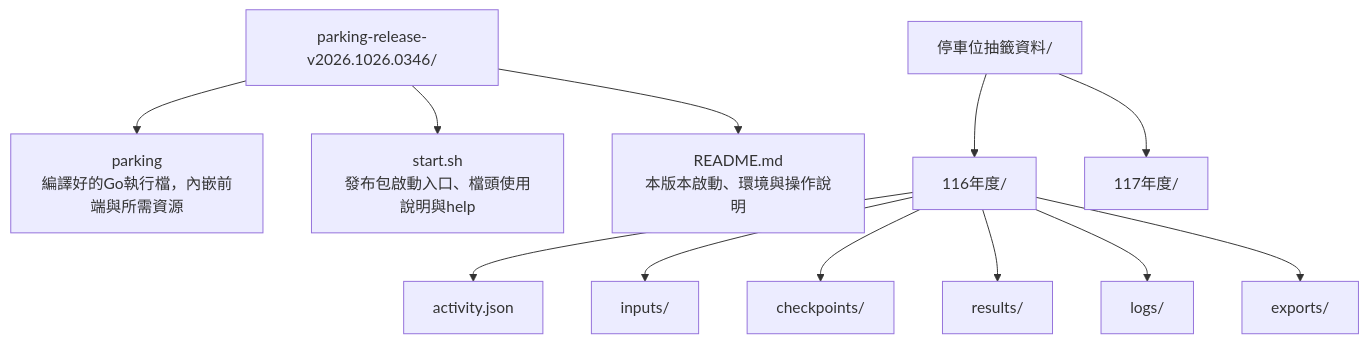
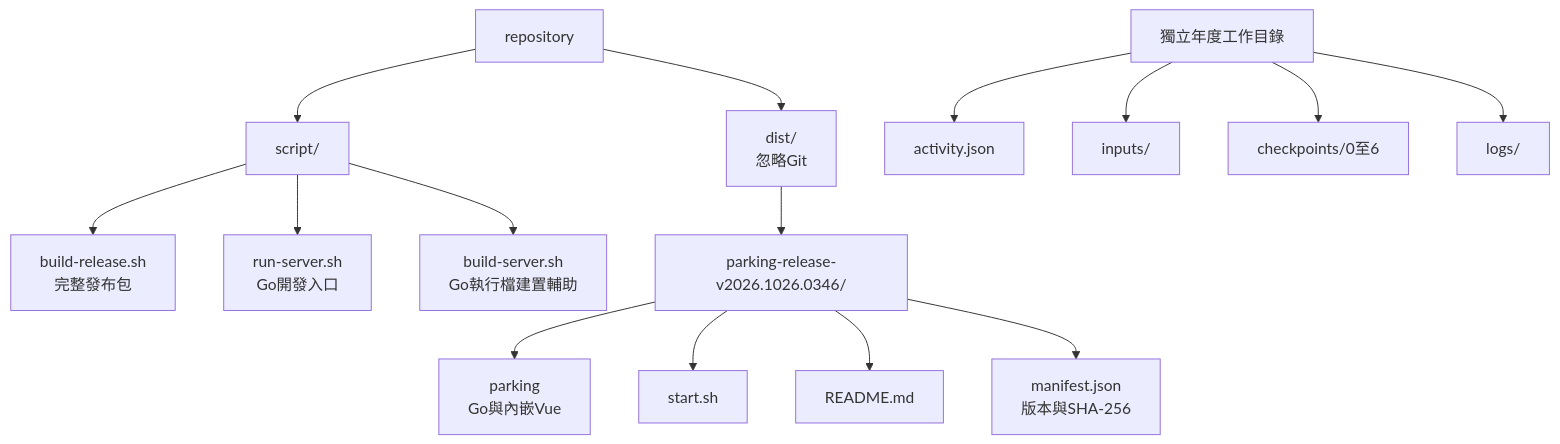
One commit to Minazuki/parking changed the diagram in doc/architecture/local-launch.md. Above: the diagram before and after it, drawn with Mermaid. The commit also changed other lines of this file and 76 other files, not shown here.

````diff
--- a/doc/architecture/local-launch.md
+++ b/doc/architecture/local-launch.md
@@ -18,27 +36,17 @@
 ```mermaid
 flowchart TD
-    t0["parking-release-v2026.1026.0346/"]
-    t1["parking<br/>編譯好的Go執行檔，內嵌前端與所需資源"]
-    t0 --> t1
-    t2["start.sh<br/>發布包啟動入口、檔頭使用說明與help"]
-    t0 --> t2
-    t3["README.md<br/>本版本啟動、環境與操作說明"]
-    t0 --> t3
-    t4["停車位抽籤資料/"]
-    t5["116年度/"]
-    t4 --> t5
-    t6["activity.json"]
-    t5 --> t6
-    t7["inputs/"]
-    t5 --> t7
-    t8["checkpoints/"]
-    t5 --> t8
-    t9["results/"]
-    t5 --> t9
-    t10["logs/"]
-    t5 --> t10
-    t11["exports/"]
-    t5 --> t11
-    t12["117年度/"]
-    t4 --> t12
+    repo["repository"] --> script["script/"]
+    script --> build["build-release.sh<br/>完整發布包"]
+    script --> run["run-server.sh<br/>Go開發入口"]
+    script --> helper["build-server.sh<br/>Go執行檔建置輔助"]
+    repo --> dist["dist/<br/>忽略Git"]
+    dist --> package["parking-release-v2026.1026.0346/"]
+    package --> binary["parking<br/>Go與內嵌Vue"]
+    package --> start["start.sh"]
+    package --> readme["README.md"]
+    package --> manifest["manifest.json<br/>版本與SHA-256"]
+    annual["獨立年度工作目錄"] --> activity["activity.json"]
+    annual --> inputs["inputs/"]
+    annual --> checkpoints["checkpoints/0至6"]
+    annual --> logs["logs/"]
 ```
````
